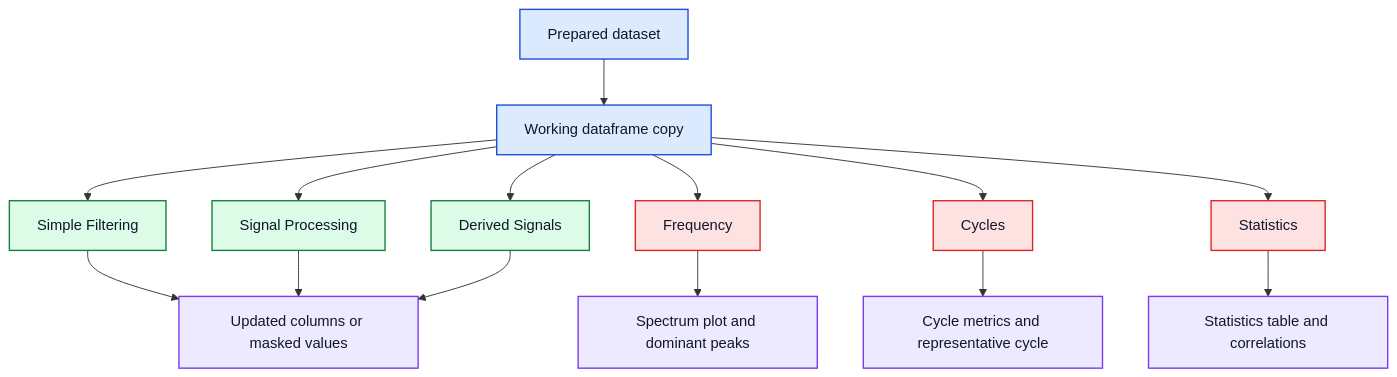
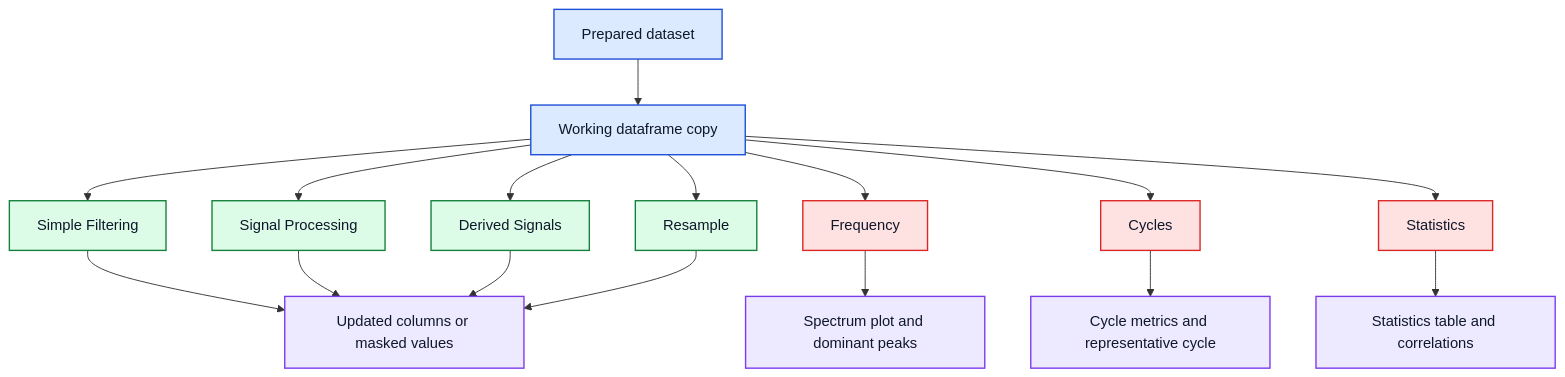
The diagram in docs/analysis-methods.md (jameskiki/Data-Signals-and-Systems), drawn with Mermaid before and after one commit. The commit also changed other lines of this file and 39 other files, not shown here.

````diff
--- a/docs/analysis-methods.md
+++ b/docs/analysis-methods.md
@@ -11,26 +11,28 @@
 ```mermaid
 flowchart TB
     A[Prepared dataset] --> B[Working dataframe copy]
     B --> C[Simple Filtering]
     B --> D[Signal Processing]
     B --> E[Derived Signals]
     B --> F[Frequency]
     B --> G[Cycles]
     B --> H[Statistics]
+    B --> R[Resample]
     C --> I[Updated columns or masked values]
     D --> I
     E --> I
+    R --> I
     F --> J[Spectrum plot and dominant peaks]
     G --> K[Cycle metrics and representative cycle]
     H --> L[Statistics table and correlations]
 
     classDef data fill:#dbeafe,stroke:#1d4ed8,color:#0f172a,stroke-width:1.5px;
     classDef transform fill:#dcfce7,stroke:#15803d,color:#0f172a,stroke-width:1.5px;
     classDef inspect fill:#fee2e2,stroke:#dc2626,color:#0f172a,stroke-width:1.5px;
     classDef output fill:#ede9fe,stroke:#7c3aed,color:#0f172a,stroke-width:1.5px;
 
     class A,B data;
-    class C,D,E transform;
+    class C,D,E,R transform;
     class F,G,H inspect;
     class I,J,K,L output;
 ```
````
